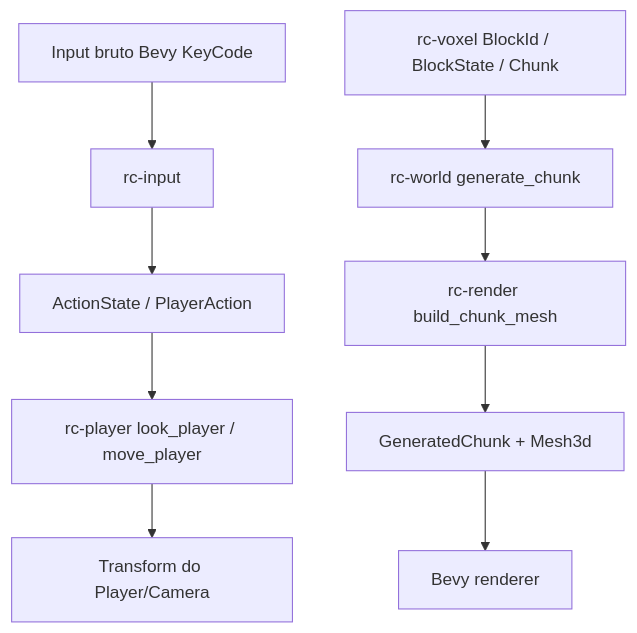
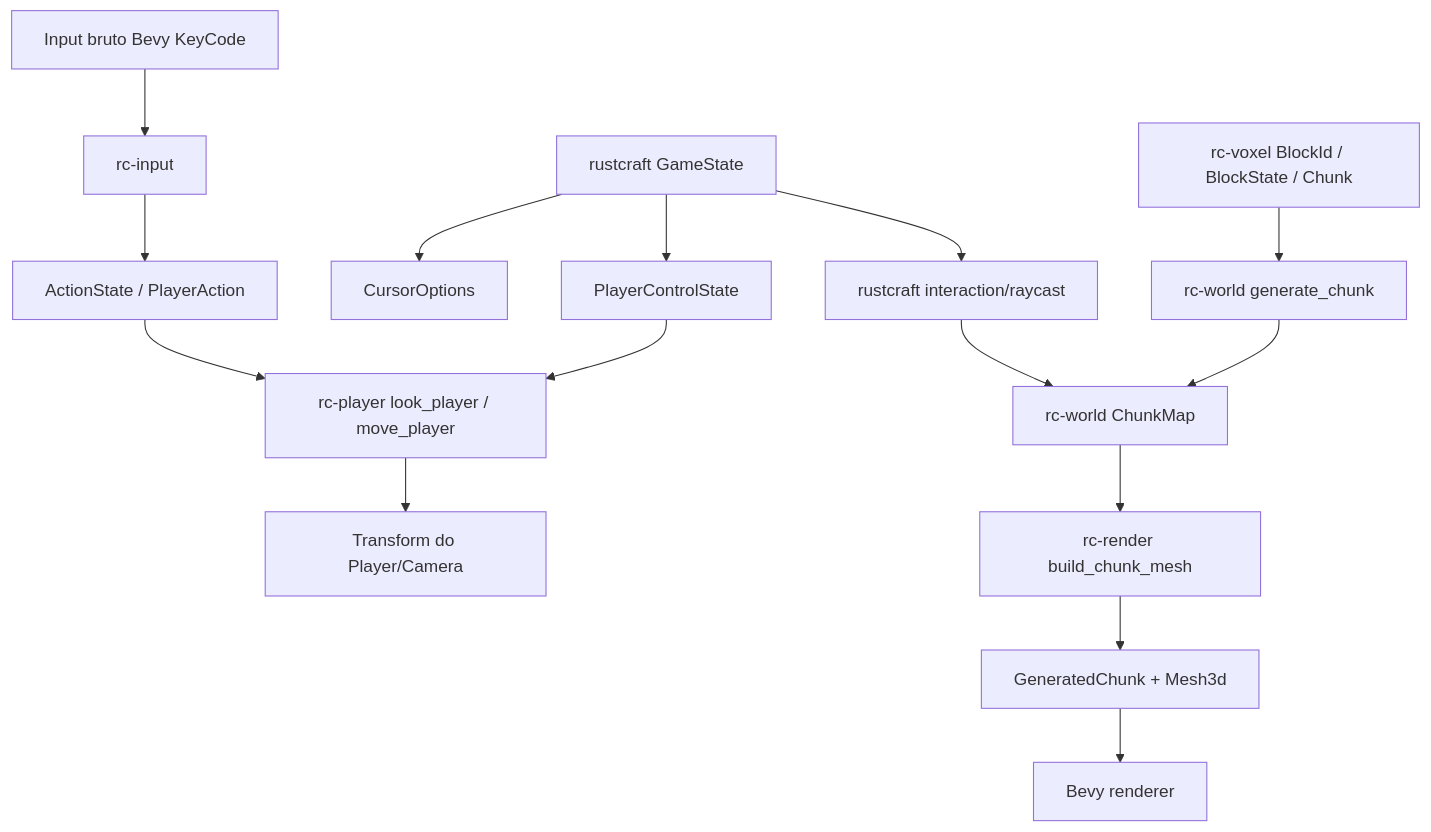
Before and after one commit to vinnicostaa/rustcraft: the diagram in ARCHITECTURE.md, drawn with Mermaid. The commit also changed other lines of this file and 11 other files, not shown here.

Commit message:
feat: add pause and player control states

````diff
--- a/ARCHITECTURE.md
+++ b/ARCHITECTURE.md
@@ -22,12 +22,19 @@
 ```mermaid
 graph TD
     A[Input bruto Bevy KeyCode] --> B[rc-input]
     B --> C[ActionState / PlayerAction]
     C --> D[rc-player look_player / move_player]
     D --> E[Transform do Player/Camera]
 
+    M[rustcraft GameState] --> N[CursorOptions]
+    M --> O[PlayerControlState]
+    O --> D
+    M --> P[rustcraft interaction/raycast]
+
     J[rc-voxel BlockId / BlockState / Chunk] --> H[rc-world generate_chunk]
-    H --> I[rc-render build_chunk_mesh]
+    H --> Q[rc-world ChunkMap]
+    Q --> I[rc-render build_chunk_mesh]
     I --> K[GeneratedChunk + Mesh3d]
     K --> L[Bevy renderer]
+    P --> Q
 ```
````
